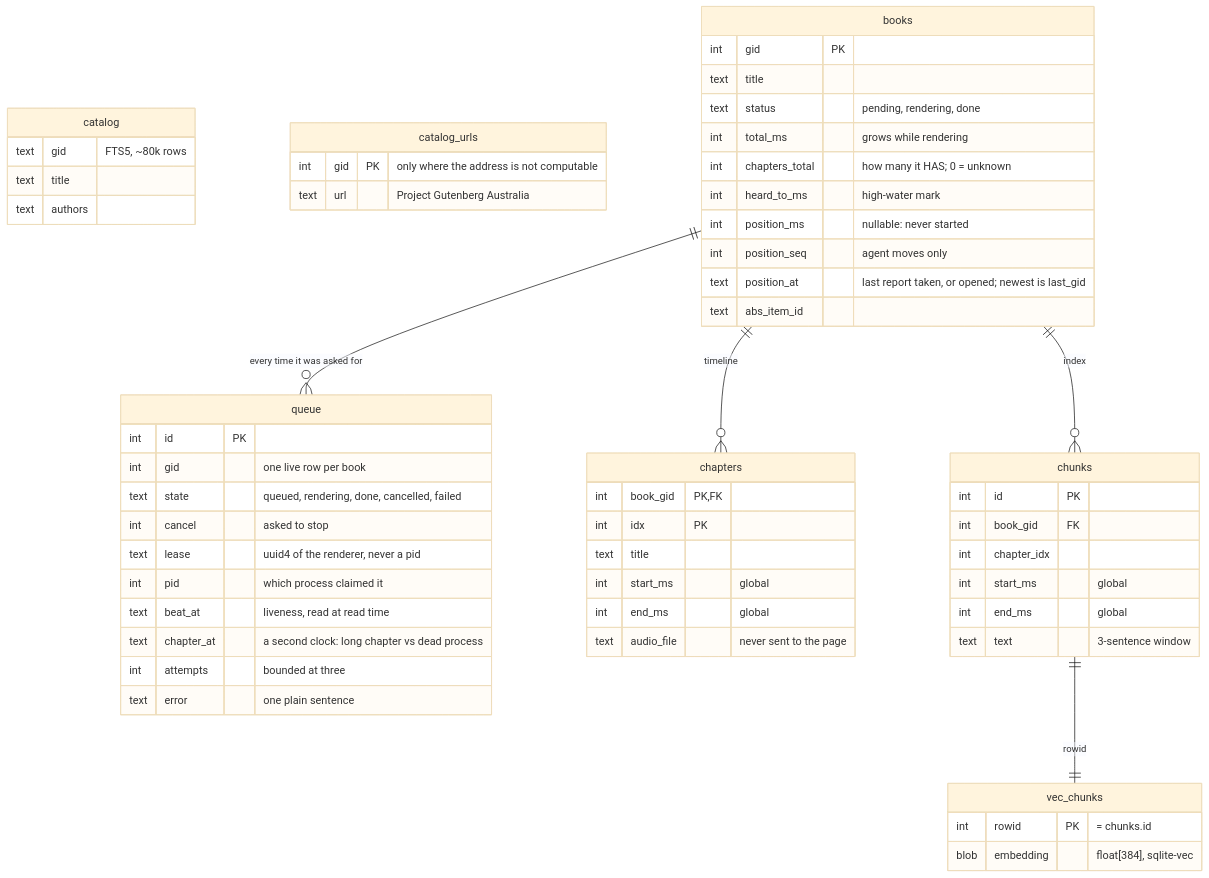
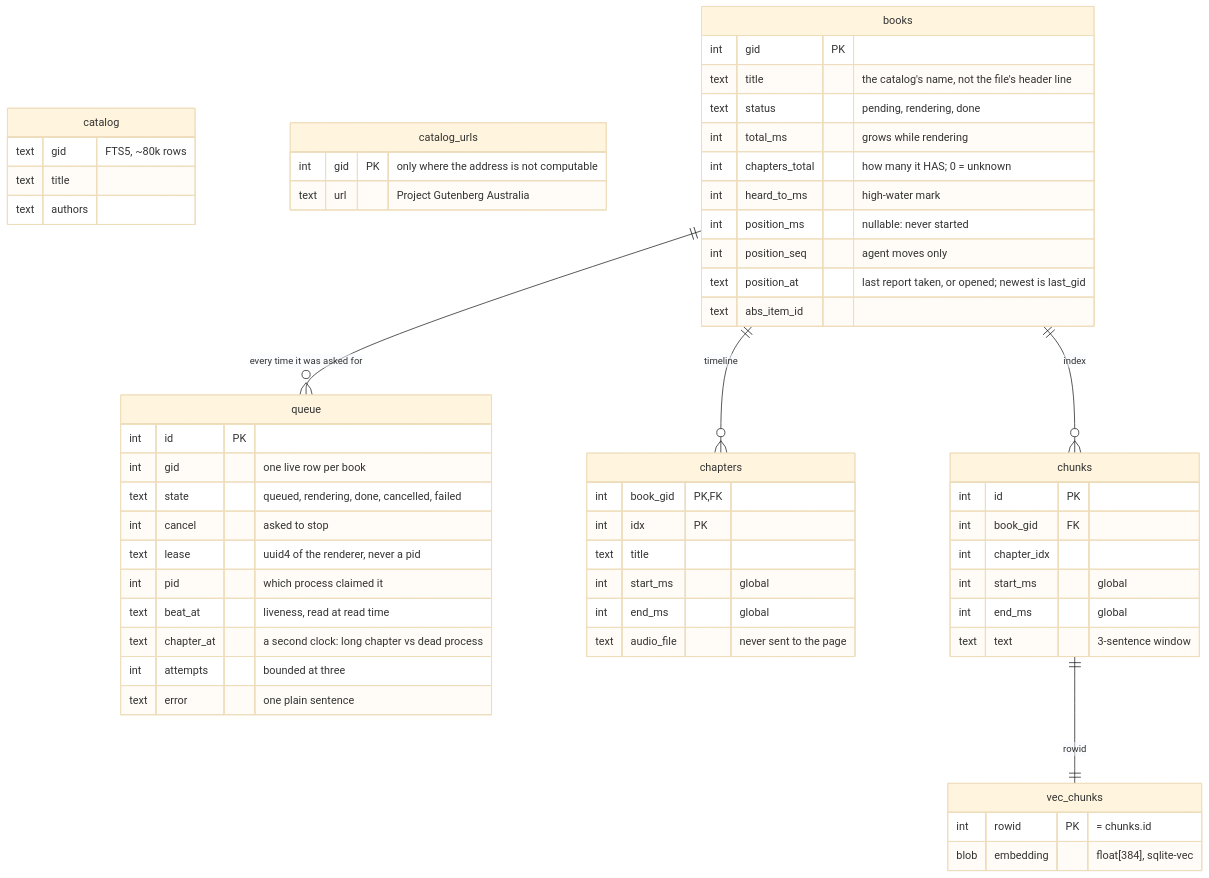
Before and after one commit to gilesknap/somnia: the third of 5 diagrams in docs/explanations/architecture.md, drawn with Mermaid (base theme). The commit also changed other lines of this file and 4 other files, not shown here.

````diff
--- a/docs/explanations/architecture.md
+++ b/docs/explanations/architecture.md
@@ -159,61 +159,61 @@
 ```mermaid
 erDiagram
   catalog {
     text gid "FTS5, ~80k rows"
     text title
     text authors
   }
   catalog_urls {
     int gid PK "only where the address is not computable"
     text url "Project Gutenberg Australia"
   }
   books {
     int gid PK
-    text title
+    text title "the catalog's name, not the file's header line"
     text status "pending, rendering, done"
     int total_ms "grows while rendering"
     int chapters_total "how many it HAS; 0 = unknown"
     int heard_to_ms "high-water mark"
     int position_ms "nullable: never started"
     int position_seq "agent moves only"
     text position_at "last report taken, or opened; newest is last_gid"
     text abs_item_id
   }
   queue {
     int id PK
     int gid "one live row per book"
     text state "queued, rendering, done, cancelled, failed"
     int cancel "asked to stop"
     text lease "uuid4 of the renderer, never a pid"
     int pid "which process claimed it"
     text beat_at "liveness, read at read time"
     text chapter_at "a second clock: long chapter vs dead process"
     int attempts "bounded at three"
     text error "one plain sentence"
   }
   chapters {
     int book_gid PK, FK
     int idx PK
     text title
     int start_ms "global"
     int end_ms "global"
     text audio_file "never sent to the page"
   }
   chunks {
     int id PK
     int book_gid FK
     int chapter_idx
     int start_ms "global"
     int end_ms "global"
     text text "3-sentence window"
   }
   vec_chunks {
     int rowid PK "= chunks.id"
     blob embedding "float[384], sqlite-vec"
   }
 
   books ||--o{ chapters : "timeline"
   books ||--o{ chunks : "index"
   chunks ||--|| vec_chunks : "rowid"
   books ||--o{ queue : "every time it was asked for"
 ```
````
